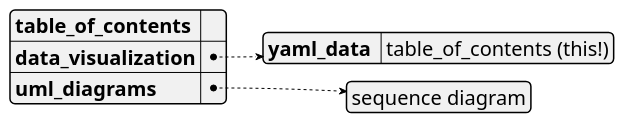
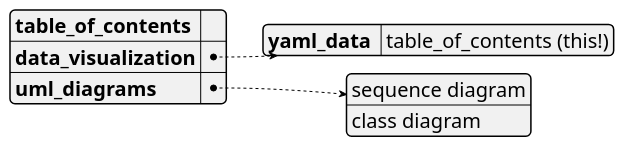
One commit to dragondive/plantuml_demo changed the first of 3 diagrams in plantuml_demo.md. Above: the diagram before and after it, drawn with PlantUML. The commit also changed other lines of this file and 7 other files, not shown here.

Commit message:
added demo: class diagram

````diff
--- a/plantuml_demo.md
+++ b/plantuml_demo.md
@@ -19,19 +19,20 @@
 ```plantuml
 @startyaml
 
 <style>
 yamlDiagram {
   node {
 	FontName Consolas
 	FontSize 20
   }
 }
 </style>
 
 **table_of_contents**:  " " /' workaround: space here to avoid dummy link '/
 data_visualization:
   yaml_data : table_of_contents (this!)
 uml_diagrams:
   - sequence diagram
+  - class diagram
 @endyaml
 ```
````
